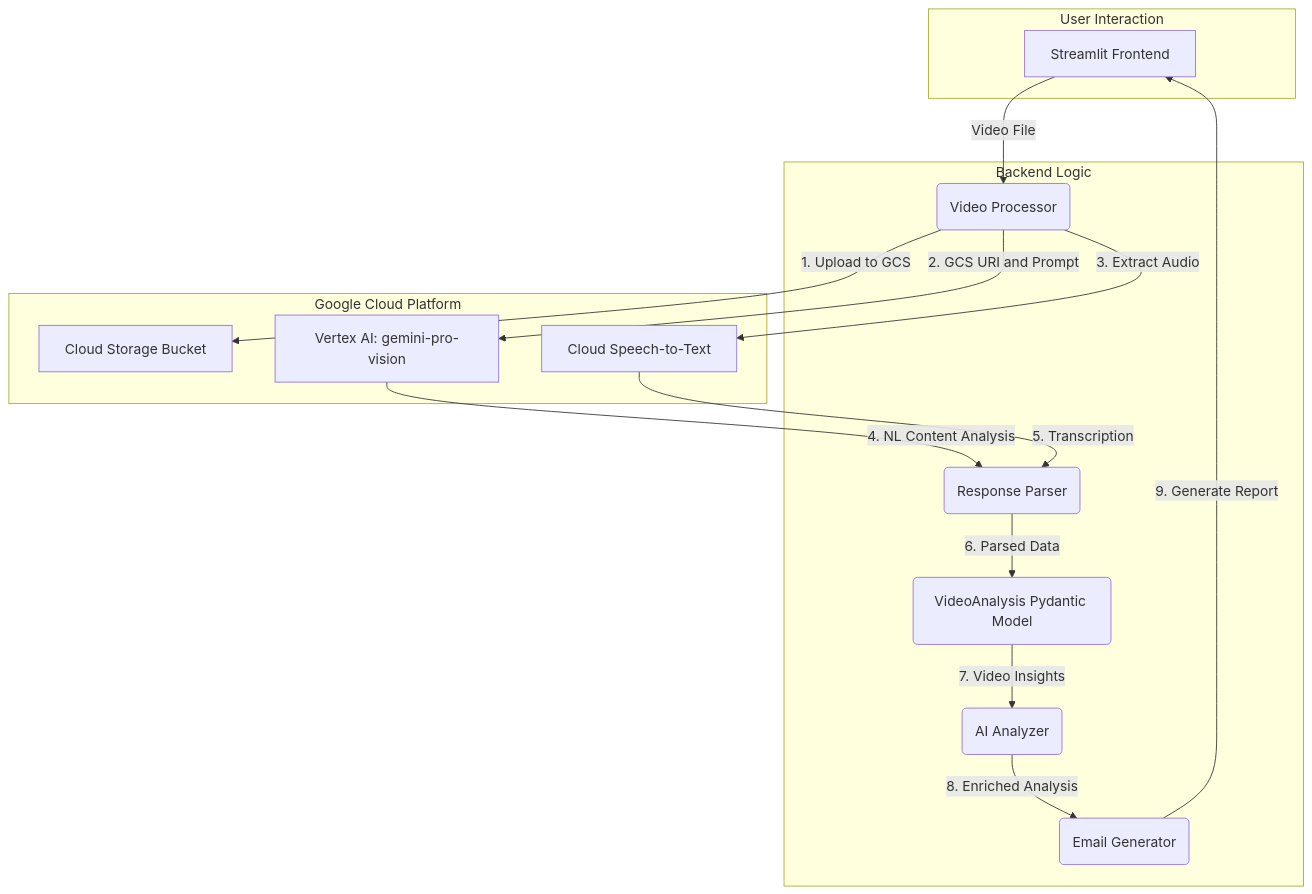
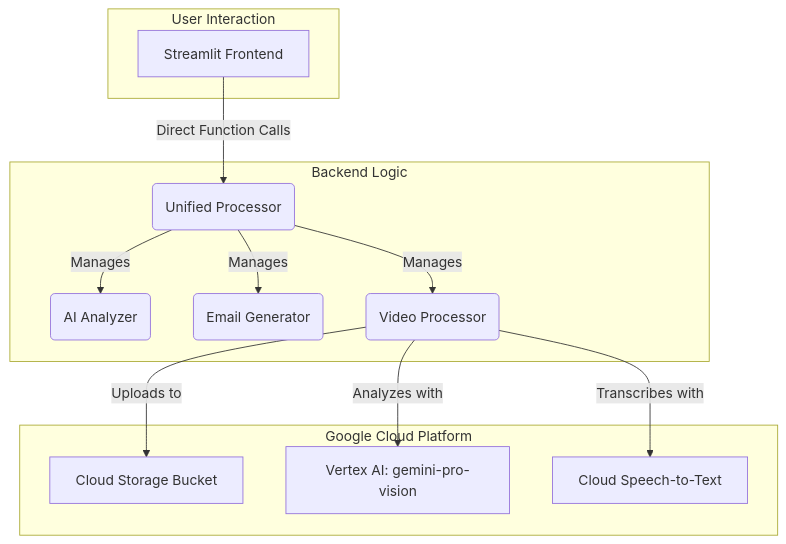
One commit to wisdom1456/Finding_Email changed the diagram in memory-bank/systemPatterns.md. Above: the diagram before and after it, drawn with Mermaid. The commit also changed other lines of this file and 299 other files, not shown here.

````diff
--- a/memory-bank/systemPatterns.md
+++ b/memory-bank/systemPatterns.md
@@ -16,32 +11,27 @@
 ```mermaid
 graph TD
     subgraph "User Interaction"
         A[Streamlit Frontend]
     end
 
     subgraph "Backend Logic"
-        B(Video Processor)
-        G(Response Parser)
-        H(VideoAnalysis Pydantic Model)
-        I(AI Analyzer)
-        J(Email Generator)
+        B(Unified Processor)
+        C(AI Analyzer)
+        D(Email Generator)
+        E(Video Processor)
     end
 
     subgraph "Google Cloud Platform"
-        C[Cloud Storage Bucket]
-        D[Vertex AI: gemini-pro-vision]
-        F[Cloud Speech-to-Text]
+        F[Cloud Storage Bucket]
+        G[Vertex AI: gemini-pro-vision]
+        H[Cloud Speech-to-Text]
     end
     
-    A -- Video File --> B;
-    B -- 1. Upload to GCS --> C;
-    B -- 2. GCS URI and Prompt --> D;
-    B -- 3. Extract Audio --> F;
-    D -- 4. NL Content Analysis --> G;
-    F -- 5. Transcription --> G;
-    G -- 6. Parsed Data --> H;
-    H -- 7. Video Insights --> I;
-    I -- 8. Enriched Analysis --> J;
-    J -- 9. Generate Report --> A;
-
+    A -- Direct Function Calls --> B;
+    B -- Manages --> C;
+    B -- Manages --> D;
+    B -- Manages --> E;
+    E -- Uploads to --> F;
+    E -- Analyzes with --> G;
+    E -- Transcribes with --> H;
 ```
````
